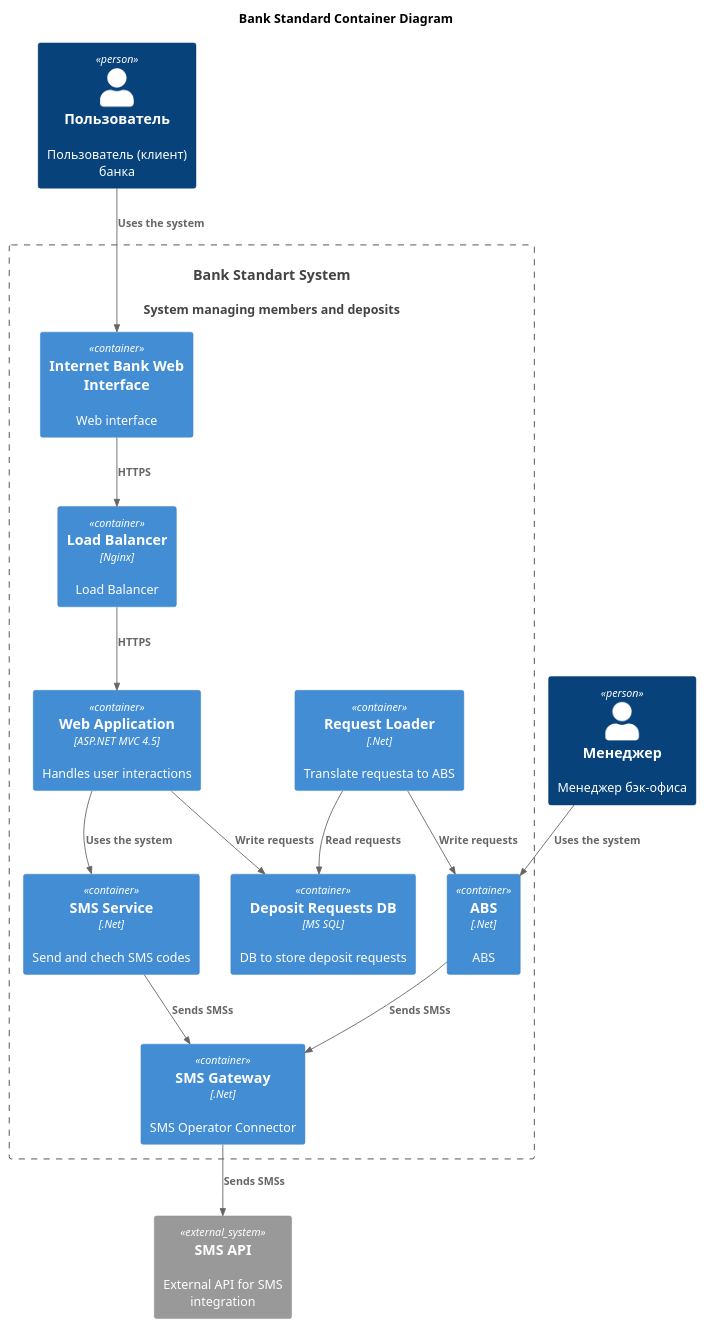
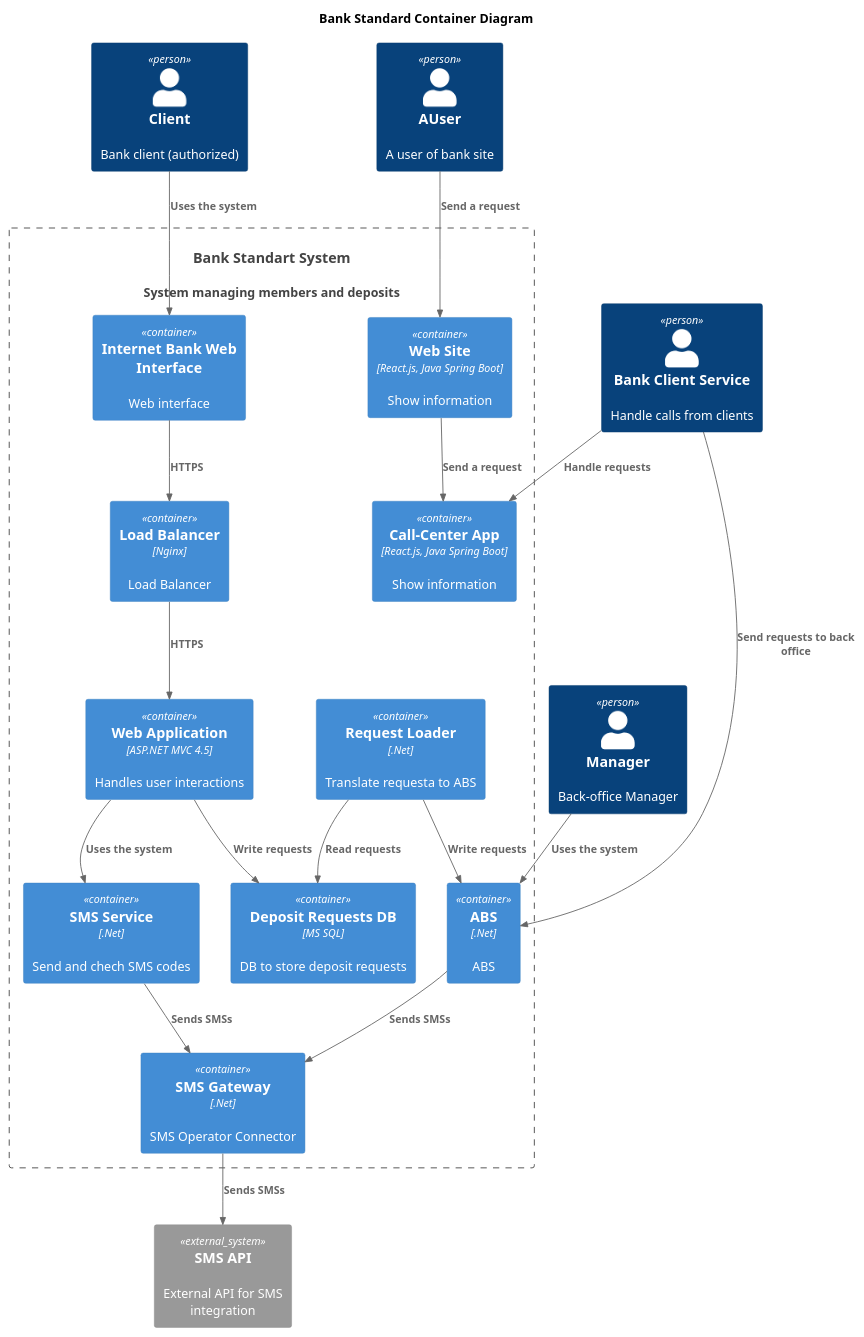
The diagram in Task3/ToBe_StandartBank_Container.puml (yailiaya/yp-architecture-standart), drawn with PlantUML before and after one commit.

Commit message:
Add Site related stuff.

```diff
--- a/Task3/ToBe_StandartBank_Container.puml
+++ b/Task3/ToBe_StandartBank_Container.puml
@@ -1,38 +1,50 @@
 @startuml
 title Bank Standard Container Diagram
 
 top to bottom direction
 
 !includeurl https://raw.githubusercontent.com/RicardoNiepel/C4-PlantUML/master/C4_Component.puml
 
-Person(user, "Пользователь", "Пользователь (клиент) банка")
-Person(manager, "Менеджер", "Менеджер бэк-офиса")
+Person(user, "AUser", "A user of bank site")
+Person(client, "Client", "Bank client (authorized)")
+Person(manager, "Manager", "Back-office Manager")
+Person(bank_client_service, "Bank Client Service", "Handle calls from clients")
 
 System(StandartBankSystem, "Bank Standart System", "System managing members and deposits")
 
 Container_Boundary(StandartBankSystem, "Standart Bank System") {
   Container(WebFrontApp, "Internet Bank Web Interface", "", "Web interface")
   Container(LoadBalancer, "Load Balancer", "Nginx", "Load Balancer")
   Container(WebApp, "Web Application", "ASP.NET MVC 4.5", "Handles user interactions")
   Container(SMSService, "SMS Service", ".Net", "Send and chech SMS codes")
   Container(SMSGateway, "SMS Gateway", ".Net", "SMS Operator Connector")
   Container(DepositRequestDB, "Deposit Requests DB", "MS SQL", "DB to store deposit requests")
   Container(RequestsLoader, "Request Loader", ".Net", "Translate requesta to ABS")
   Container(ABS, "ABS", ".Net", "ABS")
+
+  Container(Site, "Web Site", "React.js, Java Spring Boot", "Show information")
+  Container(CallCenter, "Call-Center App", "React.js, Java Spring Boot", "Show information")
+
 }
 
 System_Ext(sms_operator, "SMS API", "External API for SMS integration")
 
-Rel(user, WebFrontApp, "Uses the system")
+Rel(client, WebFrontApp, "Uses the system")
 Rel(manager, ABS, "Uses the system")
 Rel(WebFrontApp, LoadBalancer, "HTTPS")
 Rel(LoadBalancer, WebApp, "HTTPS")
 Rel(WebApp, SMSService, "Uses the system")
 Rel(WebApp, DepositRequestDB, "Write requests")
 Rel(RequestsLoader, DepositRequestDB, "Read requests")
 Rel(RequestsLoader, ABS, "Write requests")
 Rel(SMSService, SMSGateway, "Sends SMSs")
 Rel(SMSGateway, sms_operator, "Sends SMSs")
 Rel(ABS, SMSGateway, "Sends SMSs")
 
+Rel(user, Site, "Send a request")
+Rel(Site, CallCenter, "Send a request")
+Rel(bank_client_service, CallCenter, "Handle requests")
+Rel(bank_client_service, ABS, "Send requests to back office")
+
+
 @enduml
```
